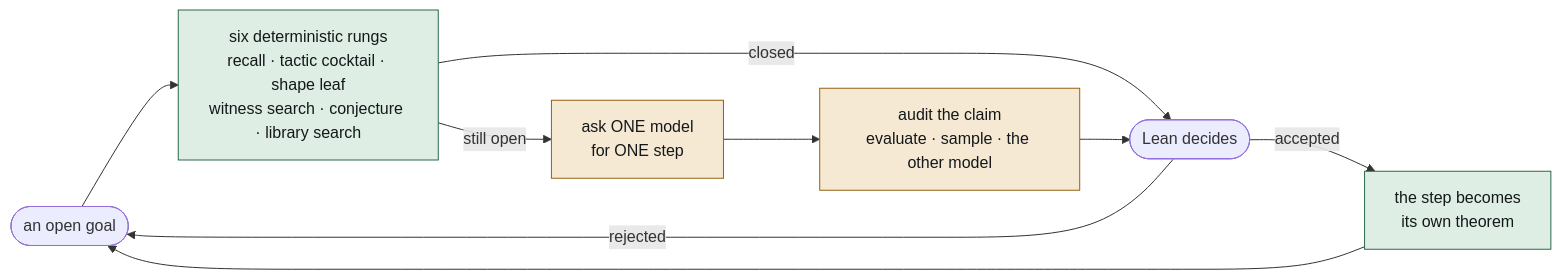
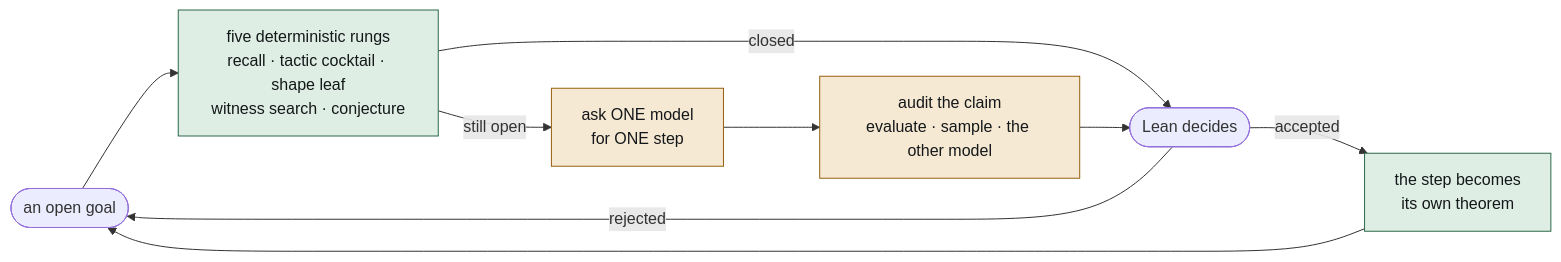
The diagram in README.md (sunnyadn/re-takehome), drawn with Mermaid before and after one commit. The commit also changed 8 other files, not shown here.

First line of the commit message:
The library rung is not free and not first, and two diagrams said it was

````diff
--- a/README.md
+++ b/README.md
@@ -8,16 +8,16 @@
 ```mermaid
 flowchart LR
-    G(["an open goal"]) --> FREE["six deterministic rungs<br/>recall · tactic cocktail · shape leaf<br/>witness search · conjecture · library search"]
+    G(["an open goal"]) --> FREE["five deterministic rungs<br/>recall · tactic cocktail · shape leaf<br/>witness search · conjecture"]
     FREE -- closed --> LEAN(["Lean decides"])
     FREE -- "still open" --> M["ask ONE model<br/>for ONE step"]
     M --> AUDIT["audit the claim<br/>evaluate · sample · the other model"]
     AUDIT --> LEAN
     LEAN -- rejected --> G
     LEAN -- accepted --> CELL["the step becomes<br/>its own theorem"]
     CELL --> G
 
     classDef free fill:#dfeee5,stroke:#2c6a4a,color:#14181a
     classDef paid fill:#f6e9d3,stroke:#96600f,color:#14181a
     class FREE,CELL free
     class M,AUDIT paid
 ```
````
